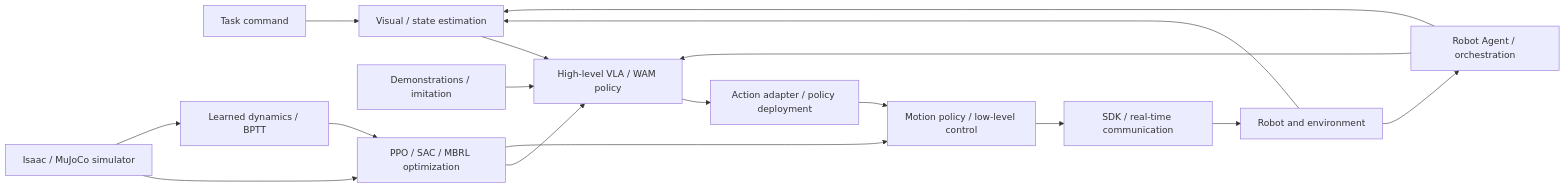
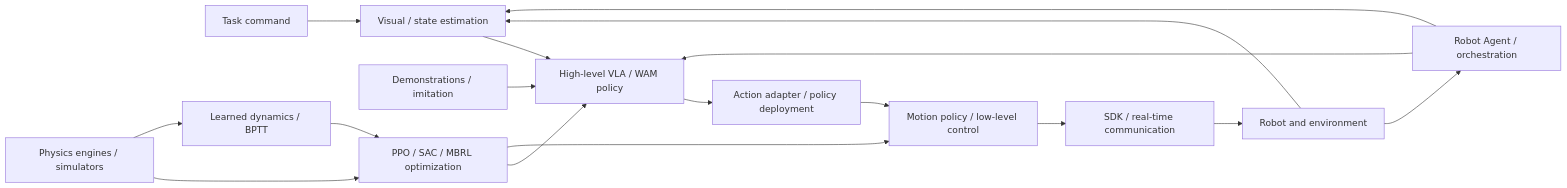
The diagram in syllabus/COURSE_MAP_EN.md (zengxiong111/Foundation_of_Embodied_AI), drawn with Mermaid before and after one commit. The commit also changed other lines of this file and 14 other files, not shown here.

````diff
--- a/syllabus/COURSE_MAP_EN.md
+++ b/syllabus/COURSE_MAP_EN.md
@@ -33,20 +33,20 @@
 ```mermaid
 flowchart LR
  A["Task command"] --> B["Visual / state estimation"]
  B --> C["High-level VLA / WAM policy"]
  C --> P["Action adapter / policy deployment"]
  P --> D["Motion policy / low-level control"]
  D --> T["SDK / real-time communication"]
  T --> E["Robot and environment"]
  E --> B
  F["Demonstrations / imitation"] --> C
- G["Isaac / MuJoCo simulator"] --> H["PPO / SAC / MBRL optimization"]
+ G["Physics engines / simulators"] --> H["PPO / SAC / MBRL optimization"]
  H --> C
  H --> D
  M["Learned dynamics / BPTT"]
  G --> M
  M --> H
  X["Robot Agent / orchestration"] --> B
  X --> C
  E --> X
 ```
````
